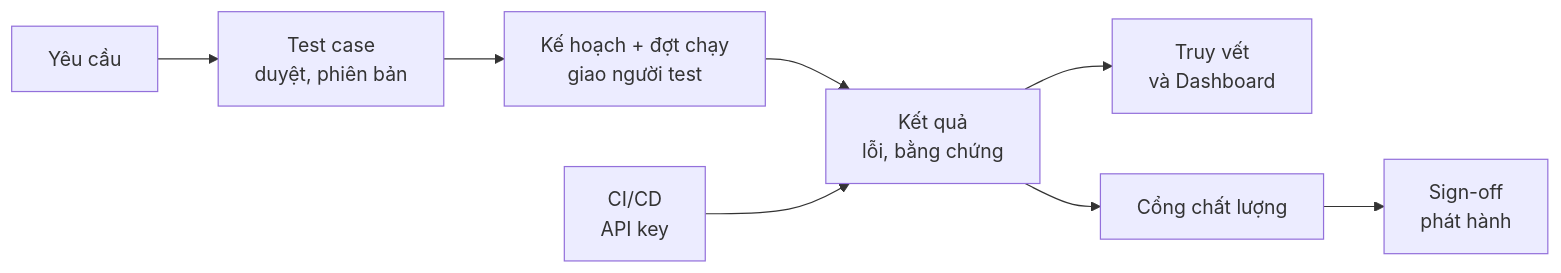
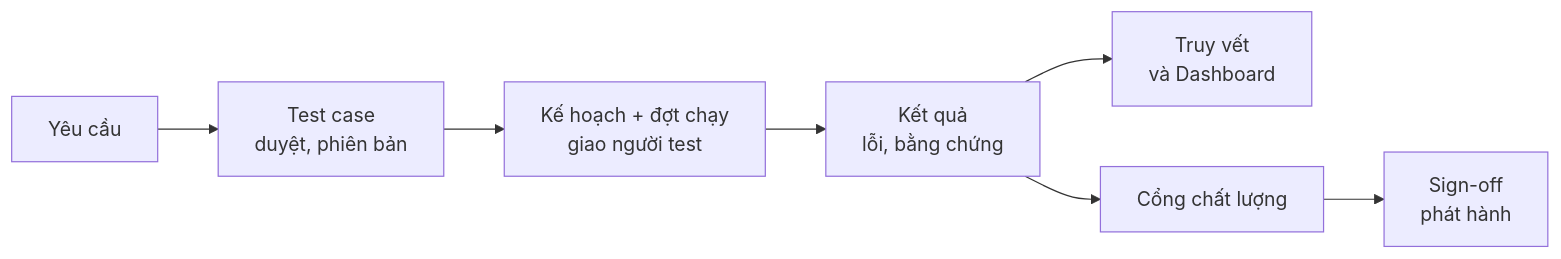
The diagram in README.md (Huyit2k5/testcase_manager), drawn with Mermaid before and after one commit. The commit also changed other lines of this file and 24 other files, not shown here.

````diff
--- a/README.md
+++ b/README.md
@@ -73,10 +73,9 @@
 ```mermaid
 flowchart LR
     REQ[Yêu cầu] --> TC[Test case<br/>duyệt, phiên bản]
     TC --> PLAN[Kế hoạch + đợt chạy<br/>giao người test]
     PLAN --> EXEC[Kết quả<br/>lỗi, bằng chứng]
-    CI[CI/CD<br/>API key] --> EXEC
     EXEC --> RTM[Truy vết<br/>và Dashboard]
     EXEC --> GATE[Cổng chất lượng]
     GATE --> SIGN[Sign-off<br/>phát hành]
 ```
````
